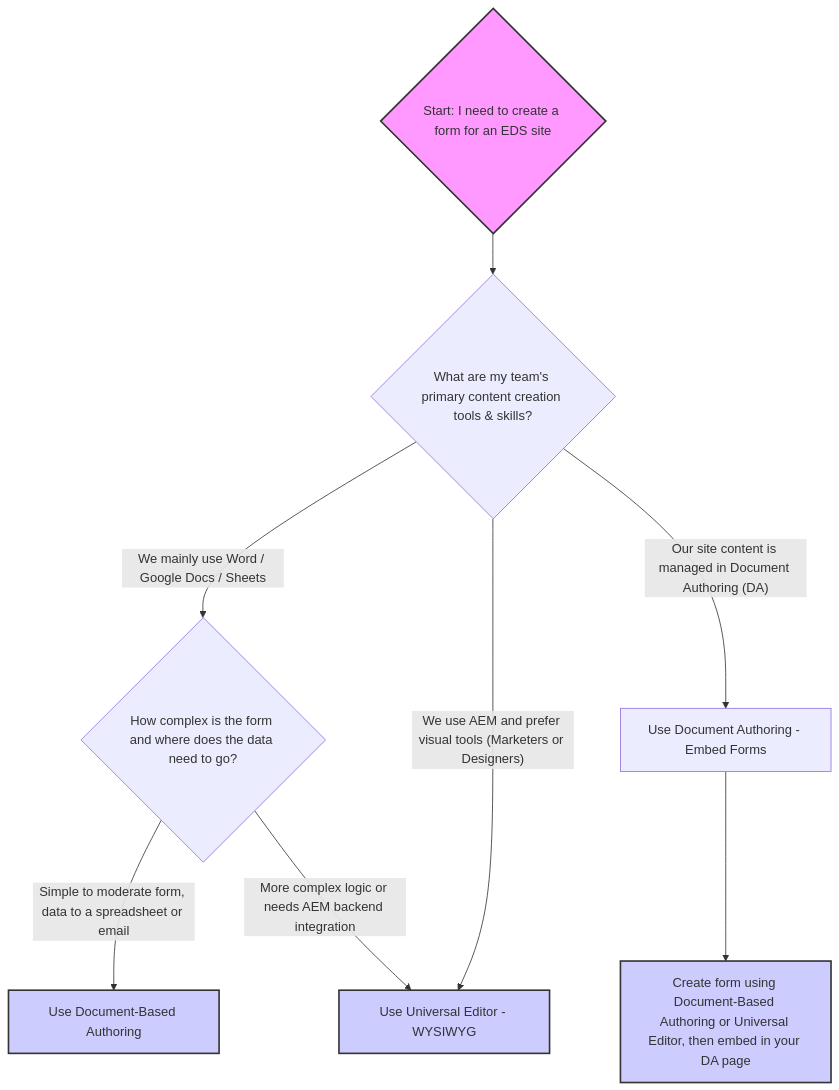
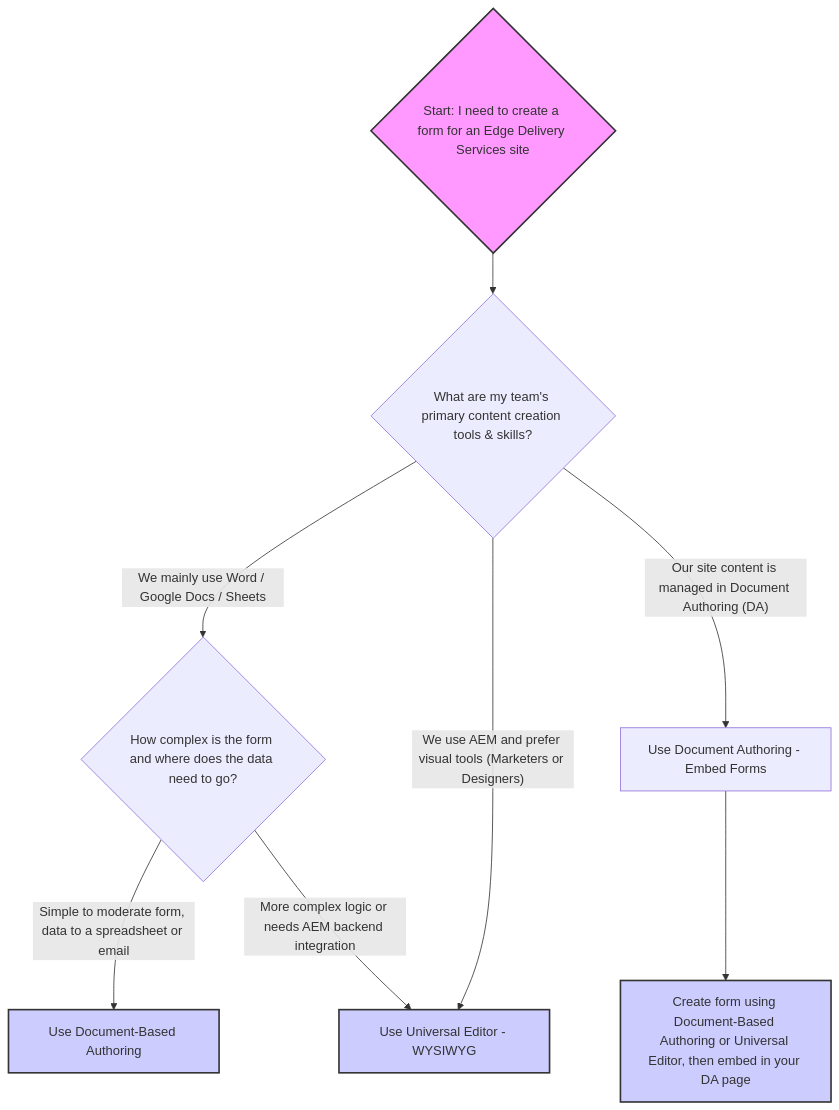
One commit to AdobeDocs/experience-manager-cloud-service.en changed the third of 7 diagrams in help/edge/docs/forms/overview.md. Above: the diagram before and after it, drawn with Mermaid. The commit also changed other lines of this file and 3 other files, not shown here.

Commit message:
updated content for eds forms

````diff
--- a/help/edge/docs/forms/overview.md
+++ b/help/edge/docs/forms/overview.md
@@ -101,15 +98,15 @@
 ```mermaid
     graph TD
-        A{Start: I need to create a form for an EDS site} --> B{What are my team's primary content creation tools & skills?}
+        A{Start: I need to create a form for an Edge Delivery Services site} --> B{What are my team's primary content creation tools & skills?}
         B -- "We mainly use Word / Google Docs / Sheets" --> C{How complex is the form and where does the data need to go?}
         B -- "We use AEM and prefer visual tools (Marketers or Designers)" --> D[Use Universal Editor - WYSIWYG]
         B -- "Our site content is managed in Document Authoring (DA)" --> E[Use Document Authoring - Embed Forms]
         C -- "Simple to moderate form, data to a spreadsheet or email" --> F[Use Document-Based Authoring]
         C -- "More complex logic or needs AEM backend integration" --> D
         E --> G[Create form using Document-Based Authoring or Universal Editor, then embed in your DA page]
 
         style A fill:#f9f,stroke:#333,stroke-width:2px
         style F fill:#ccf,stroke:#333,stroke-width:2px
         style D fill:#ccf,stroke:#333,stroke-width:2px
         style G fill:#ccf,stroke:#333,stroke-width:2px
 ```
````
